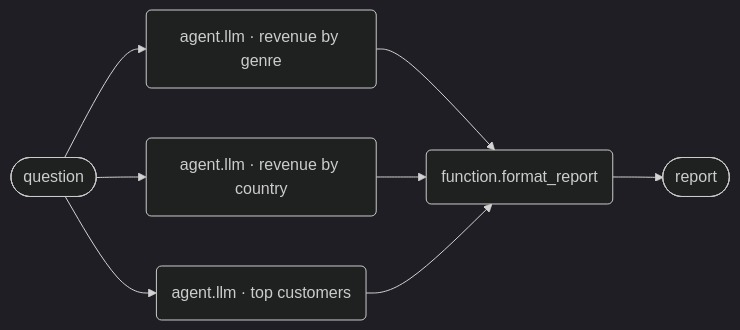
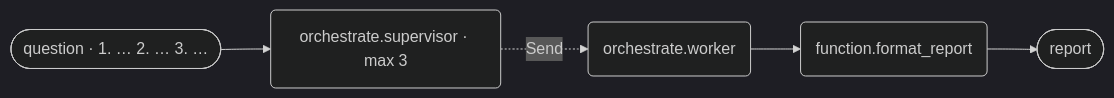
The fourth of 7 diagrams in docs/patterns.md (zulfeekar/openstategraph), drawn with Mermaid (dark theme) before and after one commit. The commit also changed other lines of this file, not shown here.

Commit message:
The parallelization every diagram draws returns "_No results._" here

````diff
--- a/docs/patterns.md
+++ b/docs/patterns.md
@@ -130,10 +146,7 @@
 ```mermaid
 graph LR
-  q([question]) --> a1(agent.llm · revenue by genre)
-  q --> a2(agent.llm · revenue by country)
-  q --> a3(agent.llm · top customers)
-  a1 --> j(function.format_report)
-  a2 --> j
-  a3 --> j
+  q([question · 1. … 2. … 3. …]) --> s(orchestrate.supervisor · max 3)
+  s -. Send .-> w(orchestrate.worker)
+  w --> j(function.format_report)
   j --> o([report])
 ```
````
